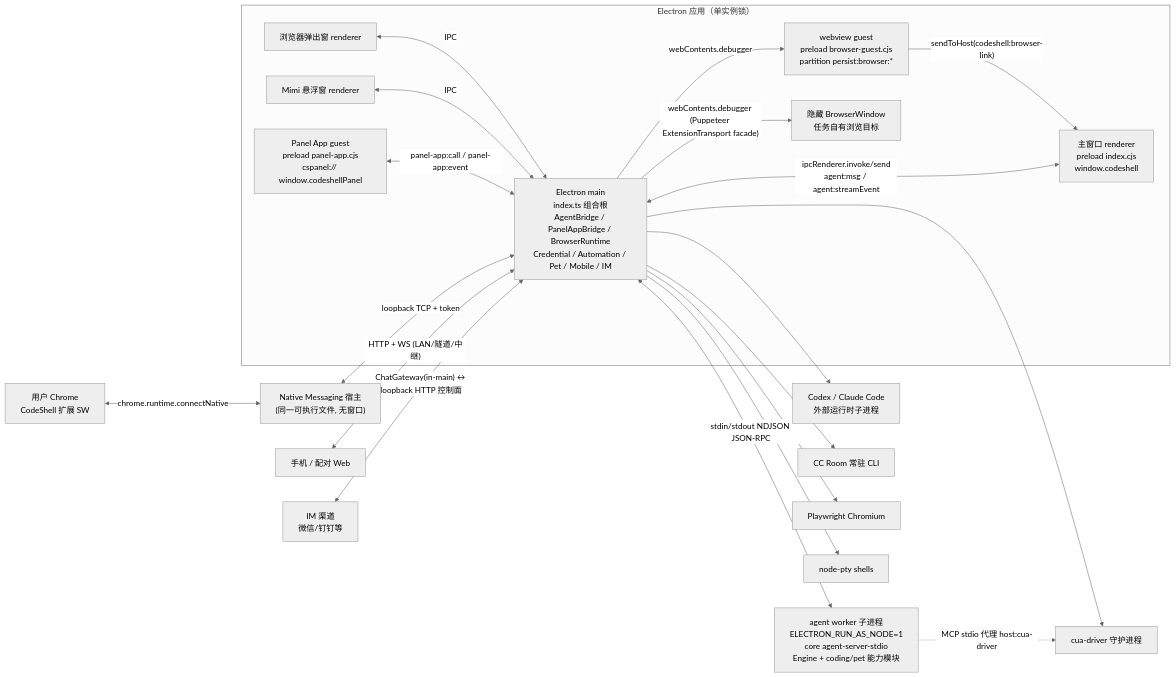
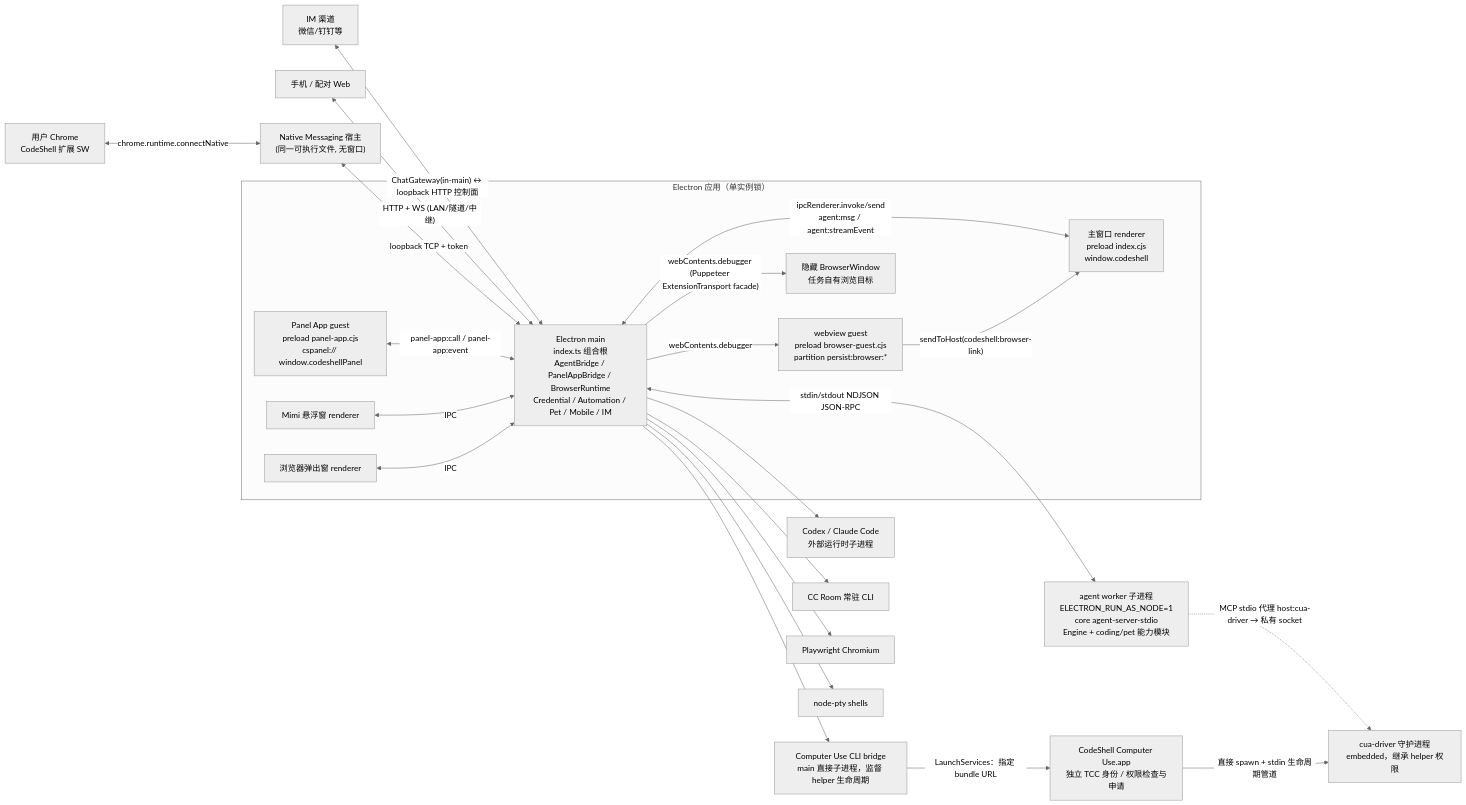
The first of 6 diagrams in docs/architecture/08-desktop-main.md (cjhyy/codeshell), drawn with Mermaid (neutral theme) before and after one commit. The commit also changed other lines of this file and 29 other files, not shown here.

Commit message:
feat(desktop): isolate computer use in a macOS helper app

````diff
--- a/docs/architecture/08-desktop-main.md
+++ b/docs/architecture/08-desktop-main.md
@@ -54,41 +54,45 @@
 ```mermaid
 flowchart LR
   subgraph Electron["Electron 应用（单实例锁）"]
     MAIN["Electron main<br/>index.ts 组合根<br/>AgentBridge / PanelAppBridge / BrowserRuntime<br/>Credential / Automation / Pet / Mobile / IM"]
     R1["主窗口 renderer<br/>preload index.cjs<br/>window.codeshell"]
     R2["浏览器弹出窗 renderer"]
     R3["Mimi 悬浮窗 renderer"]
     G1["webview guest<br/>preload browser-guest.cjs<br/>partition persist:browser:*"]
     G2["Panel App guest<br/>preload panel-app.cjs<br/>cspanel:// window.codeshellPanel"]
     H1["隐藏 BrowserWindow<br/>任务自有浏览目标"]
   end
   W["agent worker 子进程<br/>ELECTRON_RUN_AS_NODE=1<br/>core agent-server-stdio<br/>Engine + coding/pet 能力模块"]
   EXT["Codex / Claude Code<br/>外部运行时子进程"]
   CC["CC Room 常驻 CLI"]
   PW["Playwright Chromium"]
-  CUA["cua-driver 守护进程"]
+  CUB["Computer Use CLI bridge<br/>main 直接子进程，监督 helper 生命周期"]
+  CUH["CodeShell Computer Use.app<br/>独立 TCC 身份 / 权限检查与申请"]
+  CUA["cua-driver 守护进程<br/>embedded，继承 helper 权限"]
   PTY["node-pty shells"]
   CH["用户 Chrome<br/>CodeShell 扩展 SW"]
   NH["Native Messaging 宿主<br/>(同一可执行文件, 无窗口)"]
   PHONE["手机 / 配对 Web"]
   IM["IM 渠道<br/>微信/钉钉等"]
 
   R1 <-- "ipcRenderer.invoke/send<br/>agent:msg / agent:streamEvent" --> MAIN
   R2 <-- IPC --> MAIN
   R3 <-- IPC --> MAIN
   G1 -- "sendToHost(codeshell:browser-link)" --> R1
   G2 <-- "panel-app:call / panel-app:event" --> MAIN
   MAIN <-- "stdin/stdout NDJSON JSON-RPC" --> W
   MAIN -- "webContents.debugger (Puppeteer ExtensionTransport facade)" --> H1
   MAIN -- "webContents.debugger" --> G1
   MAIN --> EXT
   MAIN --> CC
   MAIN --> PW
-  MAIN --> CUA
-  W -. "MCP stdio 代理 host:cua-driver" .-> CUA
+  MAIN --> CUB
+  CUB -- "LaunchServices：指定 bundle URL" --> CUH
+  CUH -- "直接 spawn + stdin 生命周期管道" --> CUA
+  W -. "MCP stdio 代理 host:cua-driver → 私有 socket" .-> CUA
   MAIN --> PTY
   CH <-- "chrome.runtime.connectNative" --> NH
   NH <-- "loopback TCP + token" --> MAIN
   PHONE <-- "HTTP + WS (LAN/隧道/中继)" --> MAIN
   IM <-- "ChatGateway(in-main) ↔ loopback HTTP 控制面" --> MAIN
 ```
````
